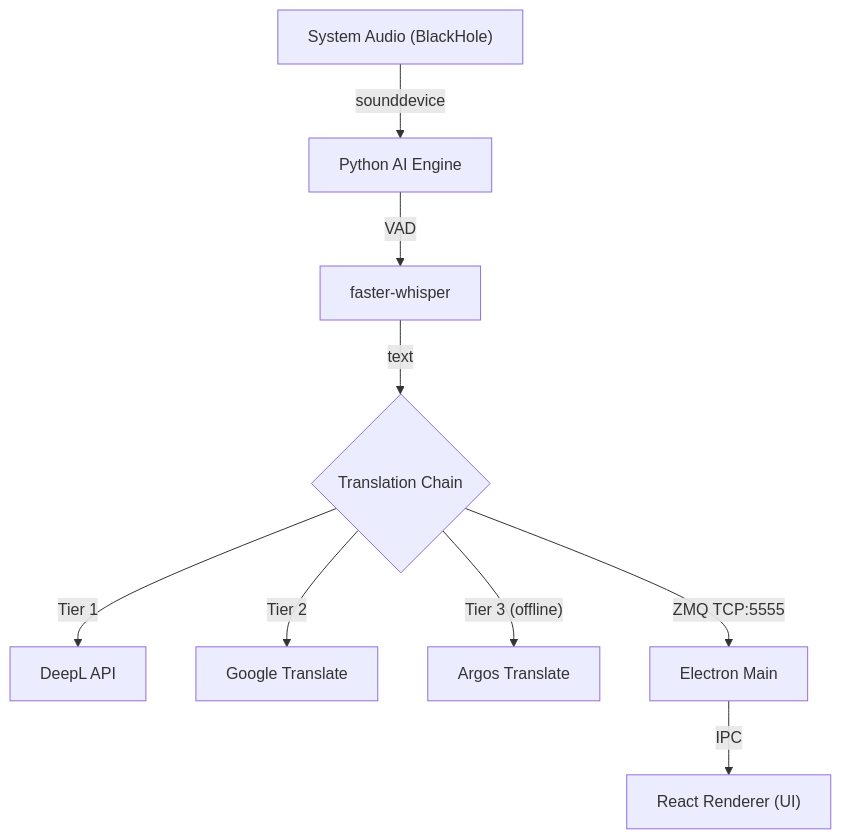
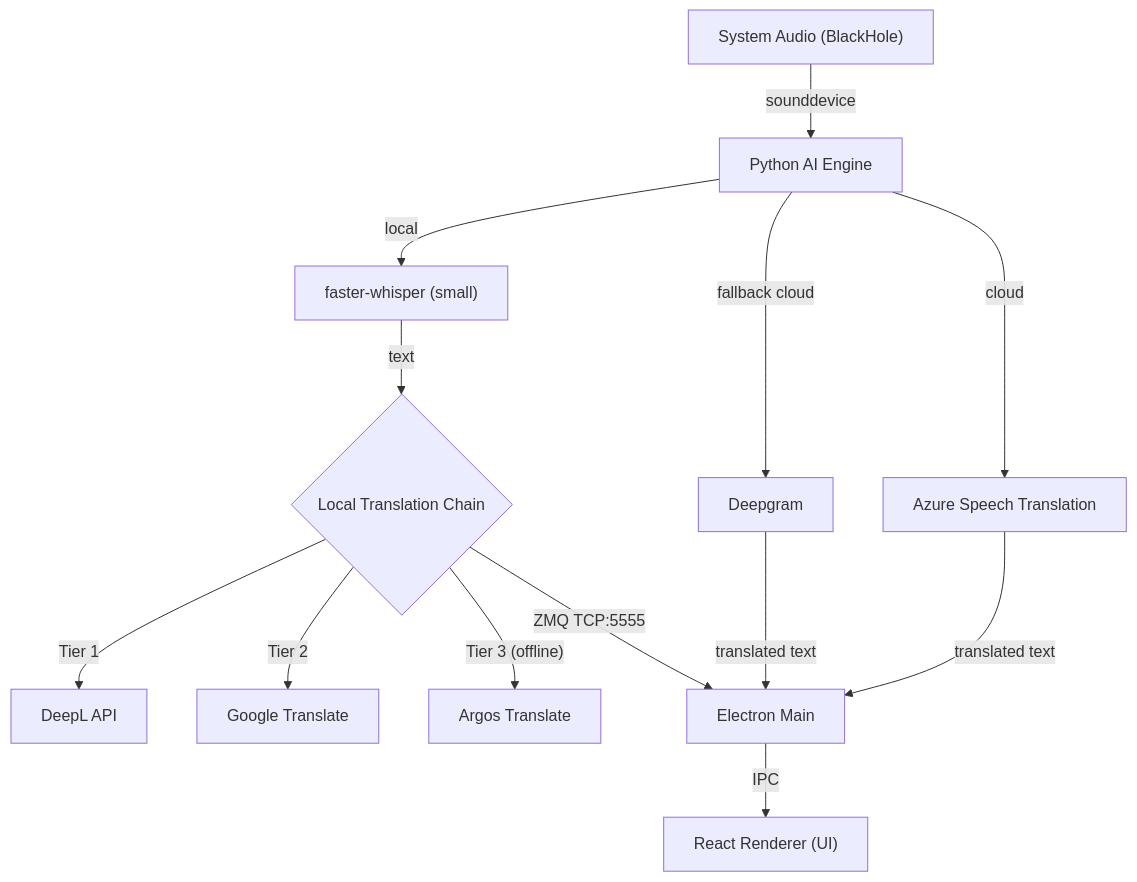
One commit to senoldogann/Live-Translate changed the diagram in README.md. Above: the diagram before and after it, drawn with Mermaid. The commit also changed other lines of this file and 5 other files, not shown here.

````diff
--- a/README.md
+++ b/README.md
@@ -62,11 +62,15 @@
 ```mermaid
 graph TD
     Audio["System Audio (BlackHole)"] -->|sounddevice| PyEngine["Python AI Engine"]
-    PyEngine -->|VAD| Whisper["faster-whisper"]
-    Whisper -->|text| TranslationChain{"Translation Chain"}
+    PyEngine -->|cloud| Azure["Azure Speech Translation"]
+    PyEngine -->|fallback cloud| Deepgram["Deepgram"]
+    PyEngine -->|local| Whisper["faster-whisper (small)"]
+    Whisper -->|text| TranslationChain{"Local Translation Chain"}
     TranslationChain -->|"Tier 1"| DeepL["DeepL API"]
     TranslationChain -->|"Tier 2"| Google["Google Translate"]
     TranslationChain -->|"Tier 3 (offline)"| Argos["Argos Translate"]
-    TranslationChain -->|ZMQ TCP:5555| Electron["Electron Main"]
+    Azure -->|translated text| Electron["Electron Main"]
+    Deepgram -->|translated text| Electron
+    TranslationChain -->|ZMQ TCP:5555| Electron
     Electron -->|IPC| React["React Renderer (UI)"]
 ```
````
